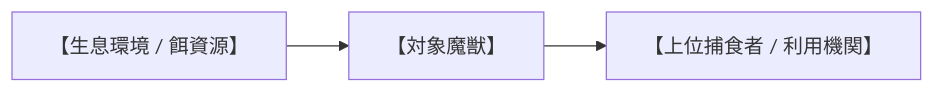
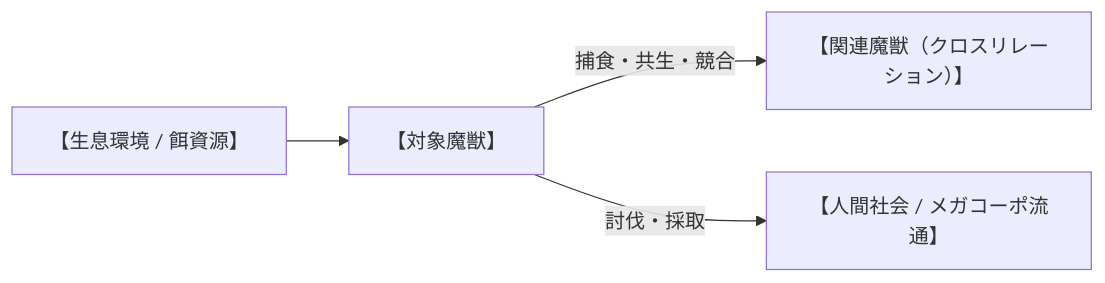
One commit to takenoriohno-cloud/world-building changed the second of 2 diagrams in TEMPLATE.md. Above: the diagram before and after it, drawn with Mermaid. The commit also changed other lines of this file and 18 other files, not shown here.

Commit message:
feature/orchestrationTest add: 図鑑テンプレートを拡張

````diff
--- a/TEMPLATE.md
+++ b/TEMPLATE.md
@@ -52,6 +75,7 @@
 ```mermaid
 flowchart LR
     %% 生態系・食物連鎖・流通ネットワーク図
     A["【生息環境 / 餌資源】"] --> B["【対象魔獣】"]
-    B --> C["【上位捕食者 / 利用機関】"]
+    B -->|捕食・共生・競合| C["【関連魔獣（クロスリレーション）】"]
+    B -->|討伐・採取| D["【人間社会 / メガコーポ流通】"]
 ```
````
